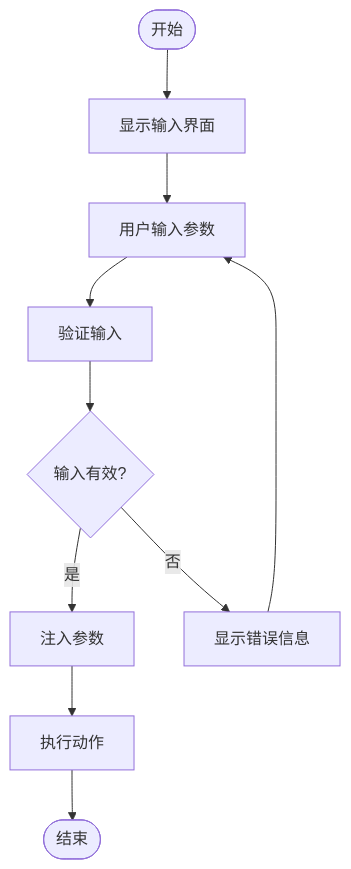
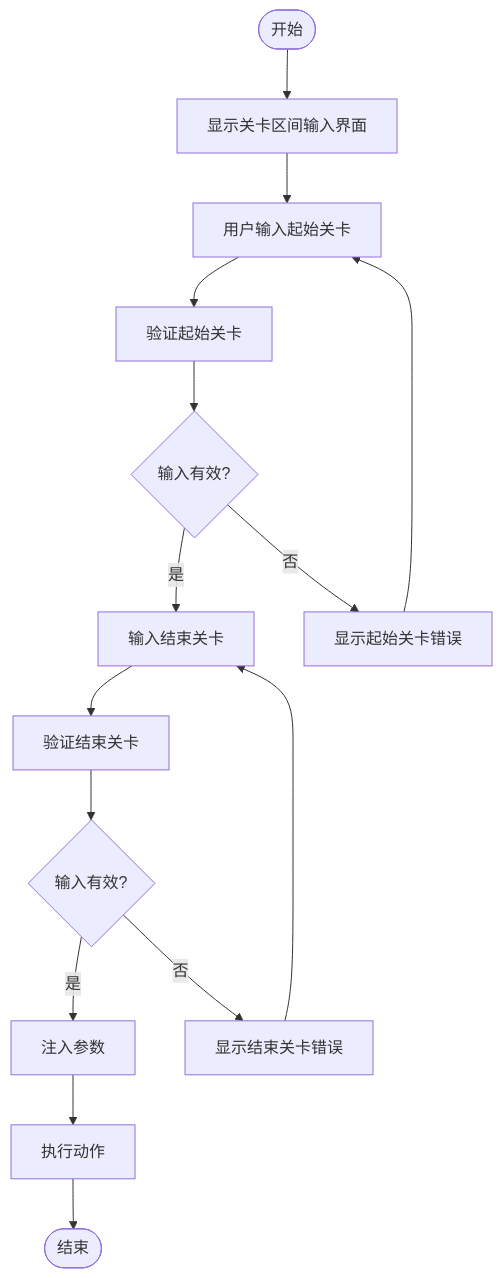
Before and after one commit to kqcoxn/MaaDuDuL: the third of 6 diagrams in .qoder/repowiki/zh/content/系统架构与设计/配置体系与资源管理/界面接口配置/选项与参数配置/选项与参数配置.md, drawn with Mermaid. The commit also changed other lines of this file and 12 other files, not shown here.

````diff
--- a/.qoder/repowiki/zh/content/系统架构与设计/配置体系与资源管理/界面接口配置/选项与参数配置/选项与参数配置.md
+++ b/.qoder/repowiki/zh/content/系统架构与设计/配置体系与资源管理/界面接口配置/选项与参数配置/选项与参数配置.md
@@ -50,12 +88,17 @@
 ```mermaid
 flowchart TD
-Start([开始]) --> ShowInput["显示输入界面"]
-ShowInput --> UserInput["用户输入参数"]
-UserInput --> ValidateInput["验证输入"]
-ValidateInput --> Valid{"输入有效?"}
-Valid --> |是| InjectParam["注入参数"]
-Valid --> |否| ShowError["显示错误信息"]
-ShowError --> UserInput
+Start([开始]) --> ShowInput["显示关卡区间输入界面"]
+ShowInput --> UserInput["用户输入起始关卡"]
+UserInput --> ValidateStart["验证起始关卡"]
+ValidateStart --> StartValid{"输入有效?"}
+StartValid --> |是| InputEnd["输入结束关卡"]
+StartValid --> |否| ShowStartError["显示起始关卡错误"]
+ShowStartError --> UserInput
+InputEnd --> ValidateEnd["验证结束关卡"]
+ValidateEnd --> EndValid{"输入有效?"}
+EndValid --> |是| InjectParam["注入参数"]
+EndValid --> |否| ShowEndError["显示结束关卡错误"]
+ShowEndError --> InputEnd
 InjectParam --> ExecuteAction["执行动作"]
 ExecuteAction --> End([结束])
 ```
````
